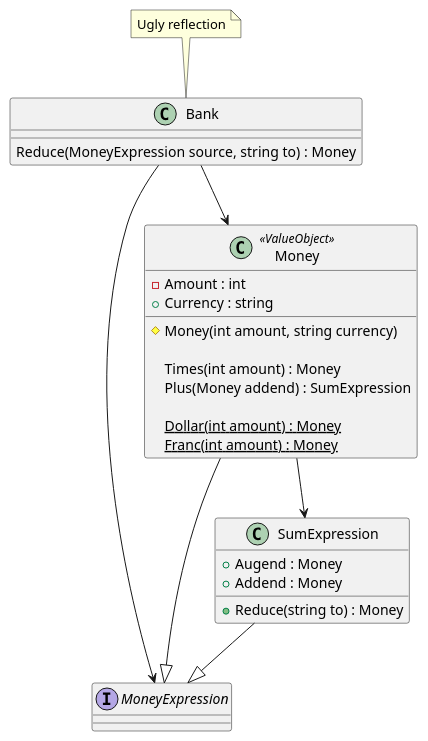
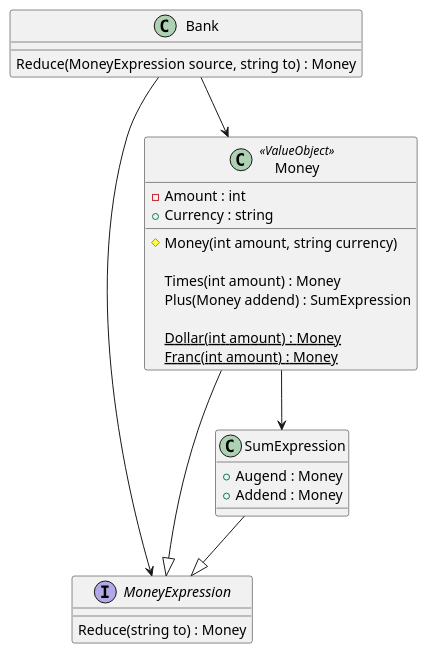
One commit to RicardoGuzmanVelasco/KentBeck.TDDByExample changed the diagram in Documentation/Classes.puml. Above: the diagram before and after it, drawn with PlantUML. The commit also changed 1 other file, not shown here.

Commit message:
16 | Bank Money Reduction | Documentation

```diff
--- a/Documentation/Classes.puml
+++ b/Documentation/Classes.puml
@@ -1,37 +1,37 @@
 @startuml
 
-interface MoneyExpression 
+interface MoneyExpression
+{
+    Reduce(string to) : Money
+} 
 
 class Money <<ValueObject>>
 {
     -Amount : int
     +Currency : string
     
     #Money(int amount, string currency)
     
     Times(int amount) : Money
     Plus(Money addend) : SumExpression
     
     {static} Dollar(int amount) : Money
     {static} Franc(int amount) : Money
 }
 Money --|> MoneyExpression
 Money --> SumExpression
 
 class SumExpression
 {
     +Augend : Money
     +Addend : Money
-    
-    +Reduce(string to) : Money
 }
 SumExpression --|> MoneyExpression
 
 class Bank
 {
     Reduce(MoneyExpression source, string to) : Money
 }
 Bank --> MoneyExpression
 Bank --> Money
-note top of Bank : Ugly reflection
 @enduml
```
